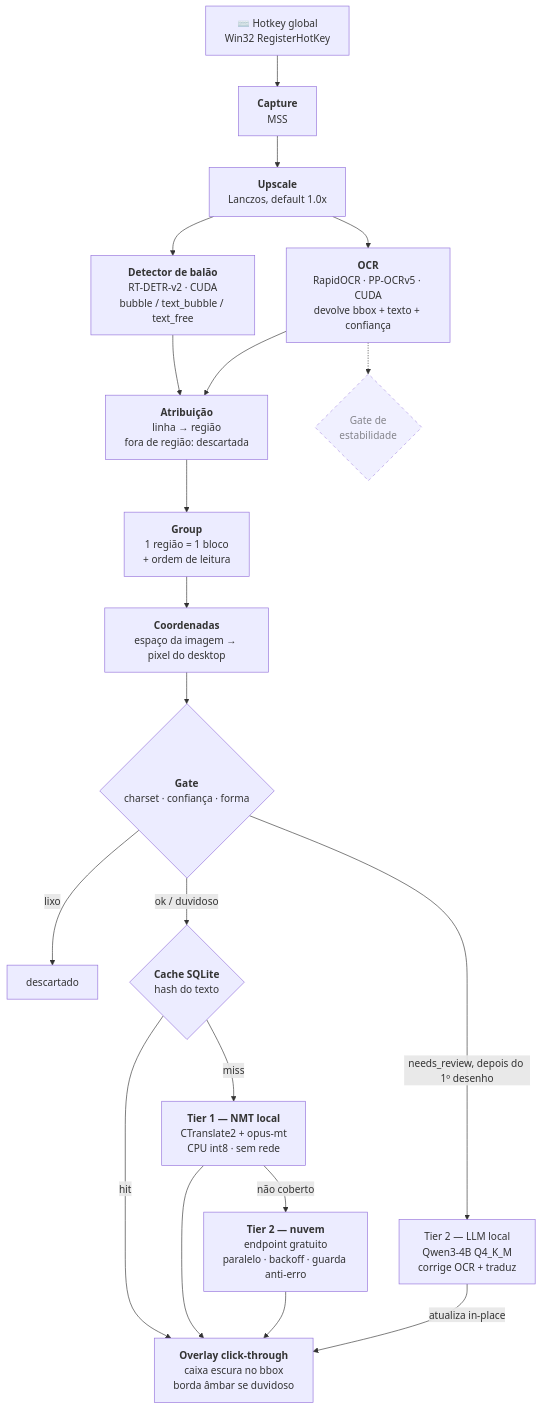
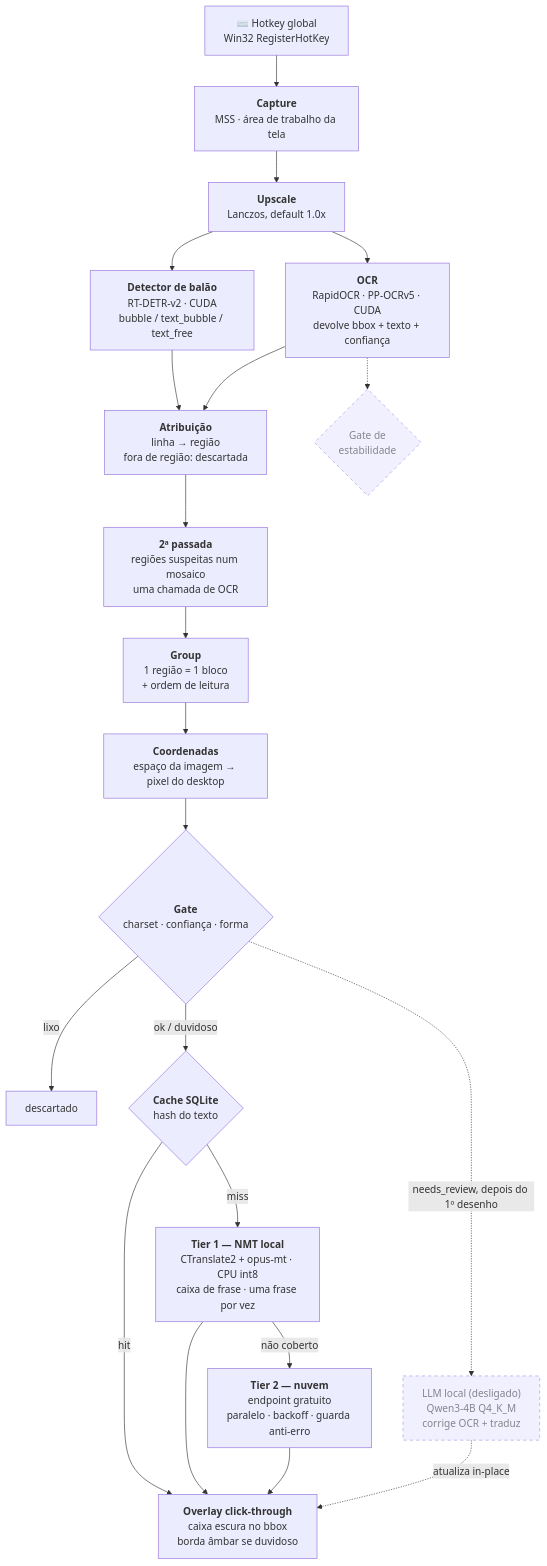
The first of 2 diagrams in README.md (LiloMarino/TranslatorOCR), drawn with Mermaid before and after one commit. The commit also changed other lines of this file, not shown here.

Commit message:
docs: Atualizado README para o fluxo sem config e as medições em página real

````diff
--- a/README.md
+++ b/README.md
@@ -76,27 +109,28 @@
 ```mermaid
 flowchart TD
-    HK["⌨️ Hotkey global<br/>Win32 RegisterHotKey"] --> CAP["<b>Capture</b><br/>MSS"]
+    HK["⌨️ Hotkey global<br/>Win32 RegisterHotKey"] --> CAP["<b>Capture</b><br/>MSS · área de trabalho da tela"]
     CAP --> UP["<b>Upscale</b><br/>Lanczos, default 1.0x"]
     UP --> OCR["<b>OCR</b><br/>RapidOCR · PP-OCRv5 · CUDA<br/>devolve bbox + texto + confiança"]
     UP --> DET["<b>Detector de balão</b><br/>RT-DETR-v2 · CUDA<br/>bubble / text_bubble / text_free"]
     DET --> ASSIGN["<b>Atribuição</b><br/>linha → região<br/>fora de região: descartada"]
     OCR --> ASSIGN
-    ASSIGN --> GRP["<b>Group</b><br/>1 região = 1 bloco<br/>+ ordem de leitura"]
+    ASSIGN --> MOSAIC["<b>2ª passada</b><br/>regiões suspeitas num mosaico<br/>uma chamada de OCR"]
+    MOSAIC --> GRP["<b>Group</b><br/>1 região = 1 bloco<br/>+ ordem de leitura"]
     GRP --> COORD["<b>Coordenadas</b><br/>espaço da imagem → pixel do desktop"]
     COORD --> GATE{"<b>Gate</b><br/>charset · confiança · forma"}
     GATE -->|"lixo"| DROP["descartado"]
     GATE -->|"ok / duvidoso"| CACHE{"<b>Cache SQLite</b><br/>hash do texto"}
 
     CACHE -->|"hit"| DRAW
-    CACHE -->|"miss"| NMT["<b>Tier 1 — NMT local</b><br/>CTranslate2 + opus-mt<br/>CPU int8 · sem rede"]
+    CACHE -->|"miss"| NMT["<b>Tier 1 — NMT local</b><br/>CTranslate2 + opus-mt · CPU int8<br/>caixa de frase · uma frase por vez"]
     NMT -->|"não coberto"| CLOUD["<b>Tier 2 — nuvem</b><br/>endpoint gratuito<br/>paralelo · backoff · guarda anti-erro"]
     NMT --> DRAW["<b>Overlay click-through</b><br/>caixa escura no bbox<br/>borda âmbar se duvidoso"]
     CLOUD --> DRAW
 
     OCR -.-> STAB{"Gate de<br/>estabilidade"}
-    GATE -->|"needs_review, depois do 1º desenho"| LLM["Tier 2 — LLM local<br/>Qwen3-4B Q4_K_M<br/>corrige OCR + traduz"]
-    LLM -->|"atualiza in-place"| DRAW
+    GATE -.->|"needs_review, depois do 1º desenho"| LLM["LLM local (desligado)<br/>Qwen3-4B Q4_K_M<br/>corrige OCR + traduz"]
+    LLM -.->|"atualiza in-place"| DRAW
 
     classDef planned stroke-dasharray:5 5,opacity:0.75
-    class STAB planned
+    class STAB,LLM planned
 ```
````
